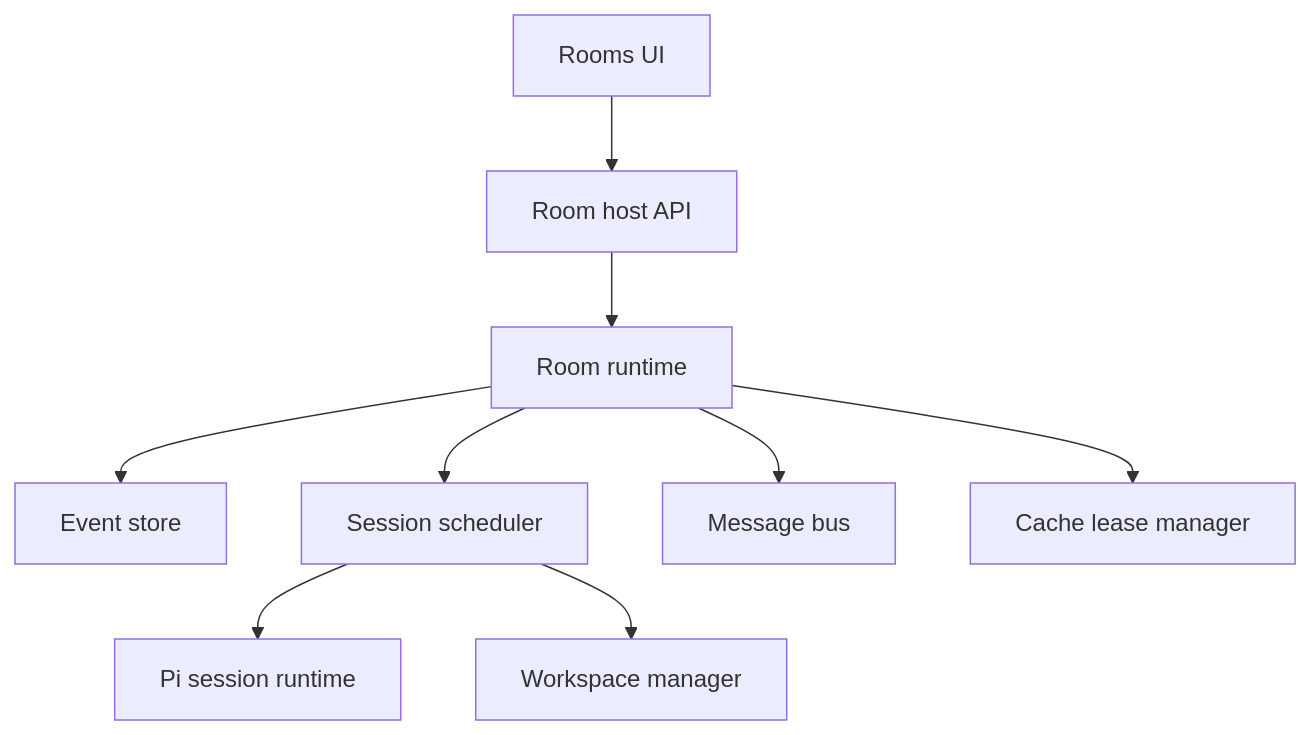
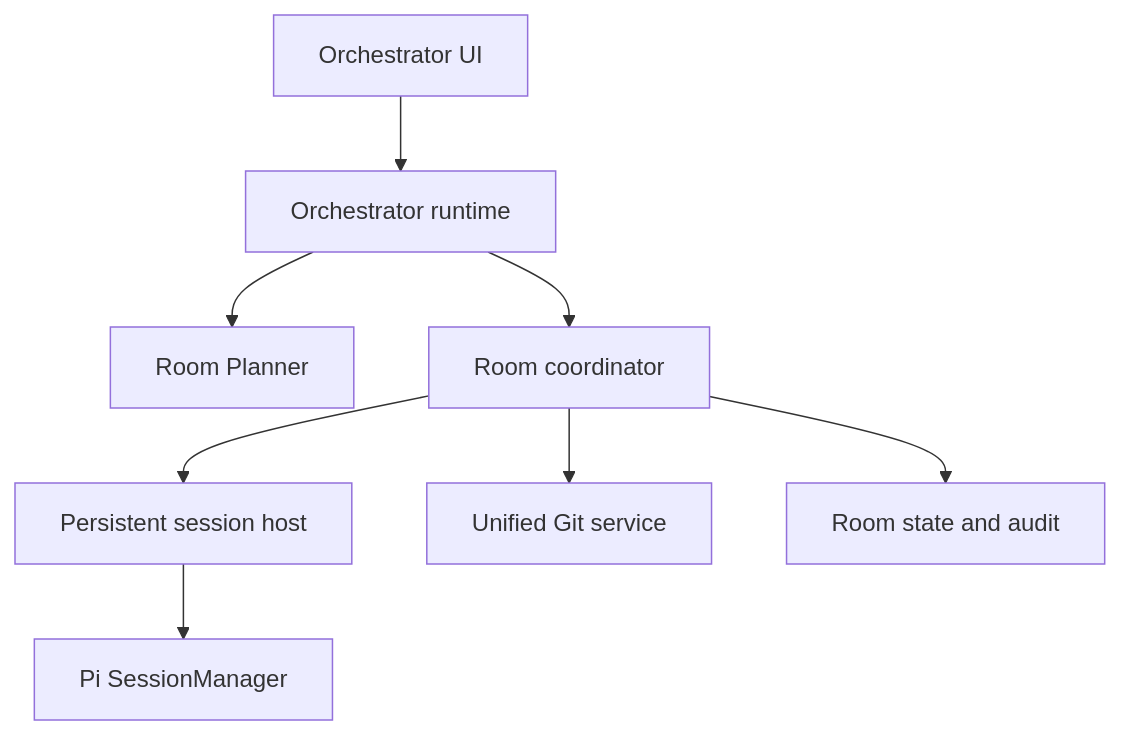
The diagram in docs/features/agent-rooms/spec.md (sero-labs/sero), drawn with Mermaid before and after one commit. The commit also changed other lines of this file, not shown here.

Commit message:
docs(agent-rooms): revise feature architecture

```diff
--- a/docs/features/agent-rooms/spec.md
+++ b/docs/features/agent-rooms/spec.md
@@ -213,11 +198,10 @@
 ~~~mermaid
 flowchart TD
-    UI[Rooms UI] --> API[Room host API]
-    API --> CORE[Room runtime]
-    CORE --> STORE[Event store]
-    CORE --> EXEC[Session scheduler]
-    CORE --> BUS[Message bus]
-    CORE --> CACHE[Cache lease manager]
-    EXEC --> PI[Pi session runtime]
-    EXEC --> WORK[Workspace manager]
+    UI[Orchestrator UI] --> ORCH[Orchestrator runtime]
+    ORCH --> PLAN[Room Planner]
+    ORCH --> COORD[Room coordinator]
+    COORD --> SESS[Persistent session host]
+    COORD --> GIT[Unified Git service]
+    SESS --> PI[Pi SessionManager]
+    COORD --> STORE[Room state and audit]
 ~~~
```
